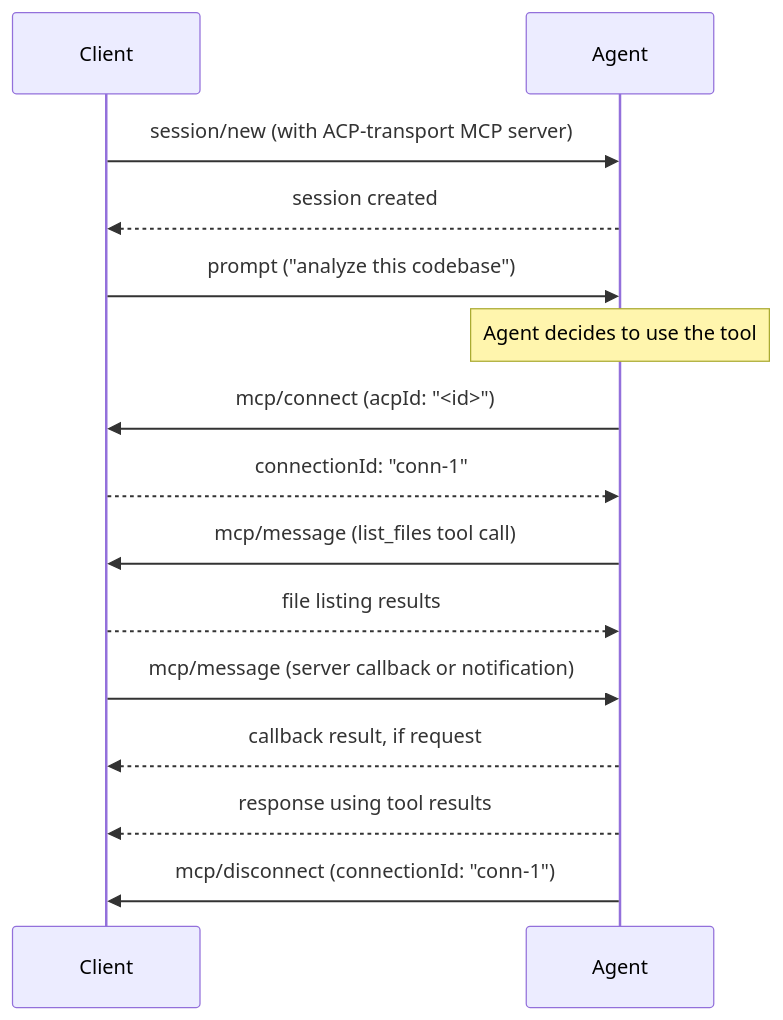
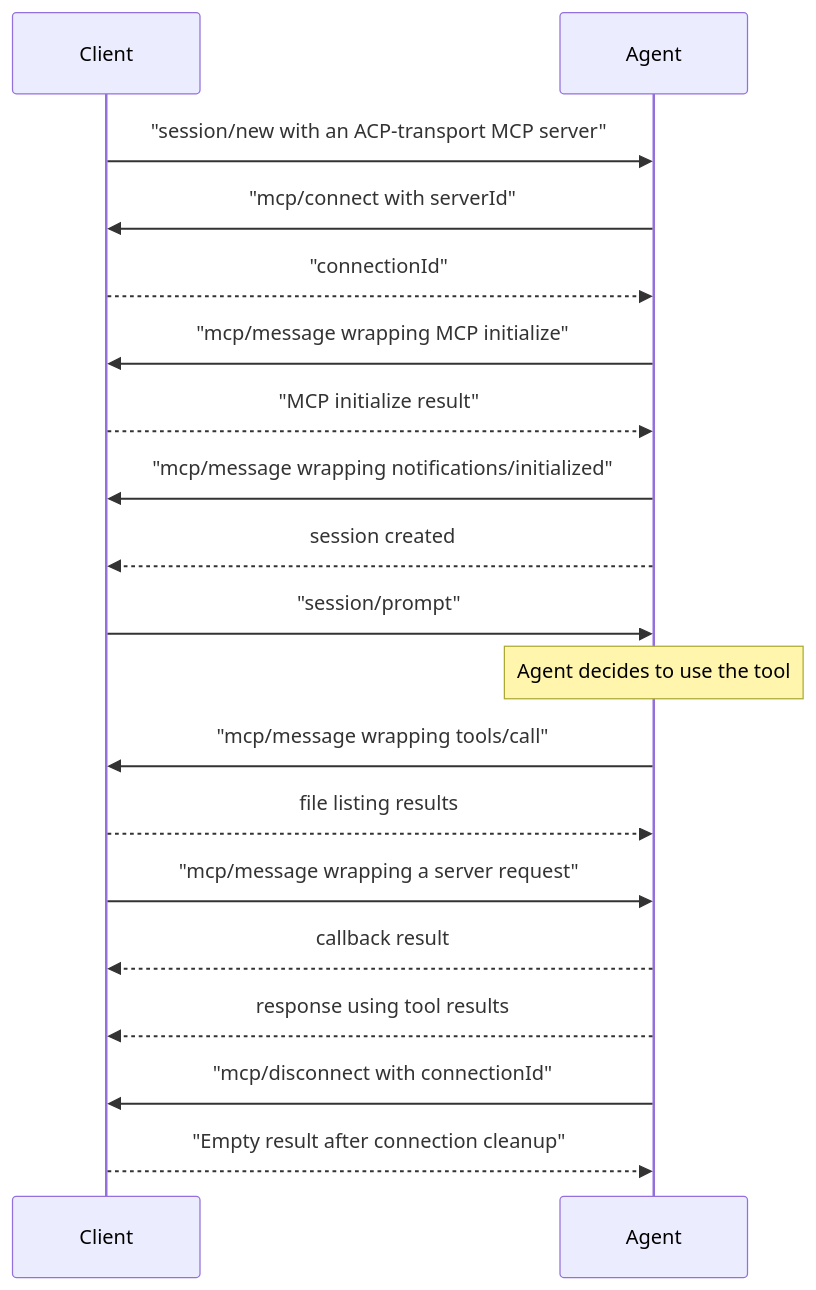
One commit to agentclientprotocol/agent-client-protocol changed the first of 2 diagrams in docs/rfds/mcp-over-acp.mdx. Above: the diagram before and after it, drawn with Mermaid. The commit also changed other lines of this file and 1 other file, not shown here.

Commit message:
docs(rfd): audit MCP-over-ACP for stateless MCP

````diff
--- a/docs/rfds/mcp-over-acp.mdx
+++ b/docs/rfds/mcp-over-acp.mdx
@@ -67,24 +70,27 @@
 ```mermaid
 sequenceDiagram
     participant Client
     participant Agent
 
-    Client->>Agent: session/new (with ACP-transport MCP server)
+    Client->>Agent: "session/new with an ACP-transport MCP server"
+    Agent->>Client: "mcp/connect with serverId"
+    Client-->>Agent: "connectionId"
+    Agent->>Client: "mcp/message wrapping MCP initialize"
+    Client-->>Agent: "MCP initialize result"
+    Agent->>Client: "mcp/message wrapping notifications/initialized"
     Agent-->>Client: session created
 
-    Client->>Agent: prompt ("analyze this codebase")
+    Client->>Agent: "session/prompt"
 
     Note over Agent: Agent decides to use the tool
-    Agent->>Client: mcp/connect (acpId: "<id>")
-    Client-->>Agent: connectionId: "conn-1"
-
-    Agent->>Client: mcp/message (list_files tool call)
+    Agent->>Client: "mcp/message wrapping tools/call"
     Client-->>Agent: file listing results
 
-    Client->>Agent: mcp/message (server callback or notification)
-    Agent-->>Client: callback result, if request
+    Client->>Agent: "mcp/message wrapping a server request"
+    Agent-->>Client: callback result
 
     Agent-->>Client: response using tool results
 
-    Agent->>Client: mcp/disconnect (connectionId: "conn-1")
+    Agent->>Client: "mcp/disconnect with connectionId"
+    Client-->>Agent: "Empty result after connection cleanup"
 ```
````
